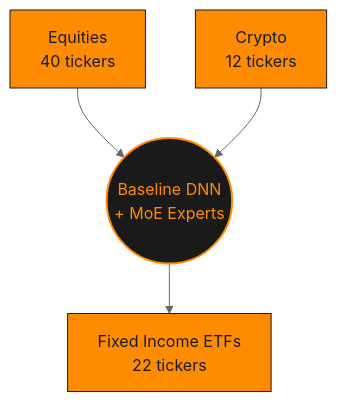
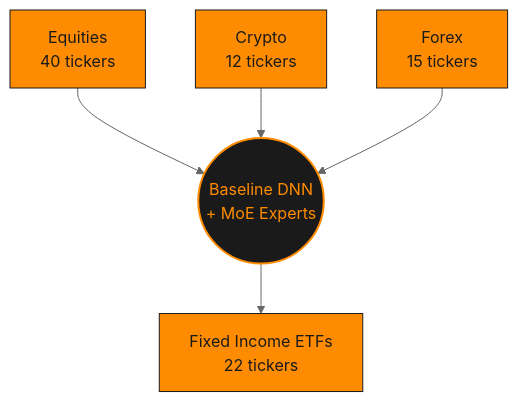
One commit to leon1706-lol/Aether-quant changed the diagram in development/asset_universe.md. Above: the diagram before and after it, drawn with Mermaid (neutral theme). The commit also changed other lines of this file and 22 other files, not shown here.

````diff
--- a/development/asset_universe.md
+++ b/development/asset_universe.md
@@ -132,12 +162,13 @@
 ```mermaid
 flowchart TD
     Equities["Equities<br/>40 tickers"] --> DNN
     Crypto["Crypto<br/>12 tickers"] --> DNN
+    Forex["Forex<br/>15 tickers"] --> DNN
     DNN(("Baseline DNN<br/>+ MoE Experts")) --> FixedIncome["Fixed Income ETFs<br/>22 tickers"]
 
     classDef hub fill:#1A1A1A,stroke:#FF8C00,color:#FF8C00,stroke-width:2px;
     classDef group fill:#FF8C00,stroke:#1A1A1A,color:#1A1A1A,stroke-width:1px;
 
     class DNN hub;
-    class Equities,Crypto,FixedIncome group;
+    class Equities,Crypto,Forex,FixedIncome group;
 ```
````
